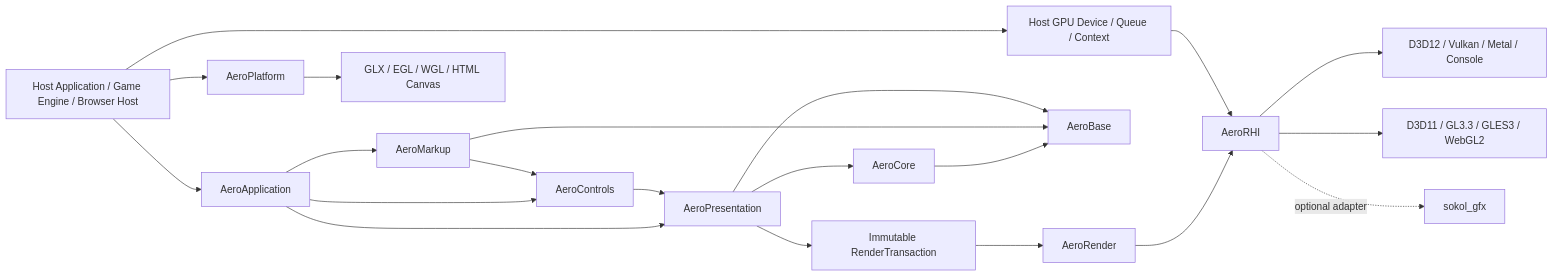
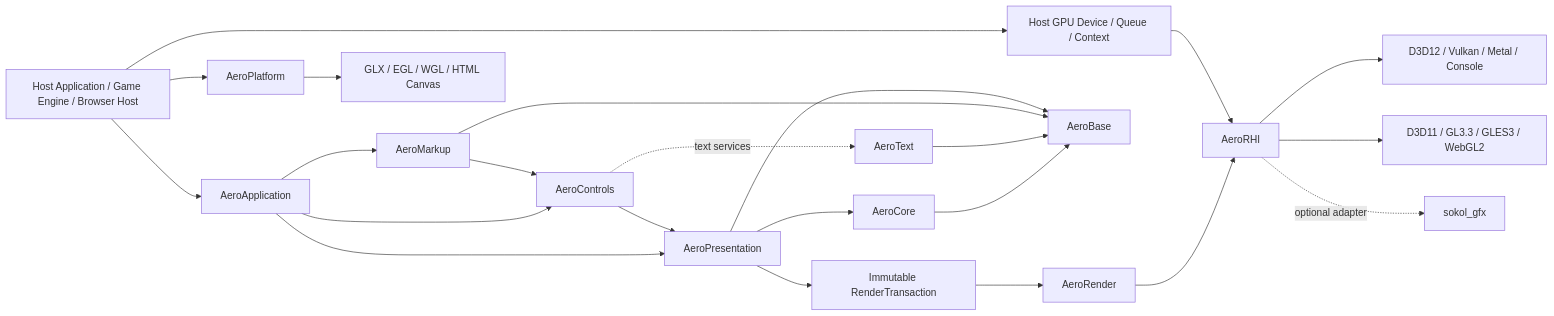
The diagram in README.md (smithw2055-rgb/AeroGUI), drawn with Mermaid before and after one commit. The commit also changed other lines of this file and 15 other files, not shown here.

````diff
--- a/README.md
+++ b/README.md
@@ -88,29 +89,31 @@
 ```mermaid
 flowchart LR
     Host[Host Application / Game Engine / Browser Host] --> Platform[AeroPlatform]
     Host --> App[AeroApplication]
     Host --> Device[Host GPU Device / Queue / Context]
 
     App --> Markup[AeroMarkup]
     App --> Presentation[AeroPresentation]
     App --> Controls[AeroControls]
 
     Markup --> Controls
     Controls --> Presentation
     Presentation --> Core[AeroCore]
+    Controls -. text services .-> Text[AeroText]
 
     Core --> Base[AeroBase]
+    Text --> Base
     Markup --> Base
     Presentation --> Base
 
     Presentation --> Tx[Immutable RenderTransaction]
     Tx --> Render[AeroRender]
     Render --> RHI[AeroRHI]
     Device --> RHI
 
     RHI --> Modern[D3D12 / Vulkan / Metal / Console]
     RHI --> Compat[D3D11 / GL3.3 / GLES3 / WebGL2]
     RHI -. optional adapter .-> Sokol[sokol_gfx]
 
     Platform --> Surface[GLX / EGL / WGL / HTML Canvas]
 ```
````
